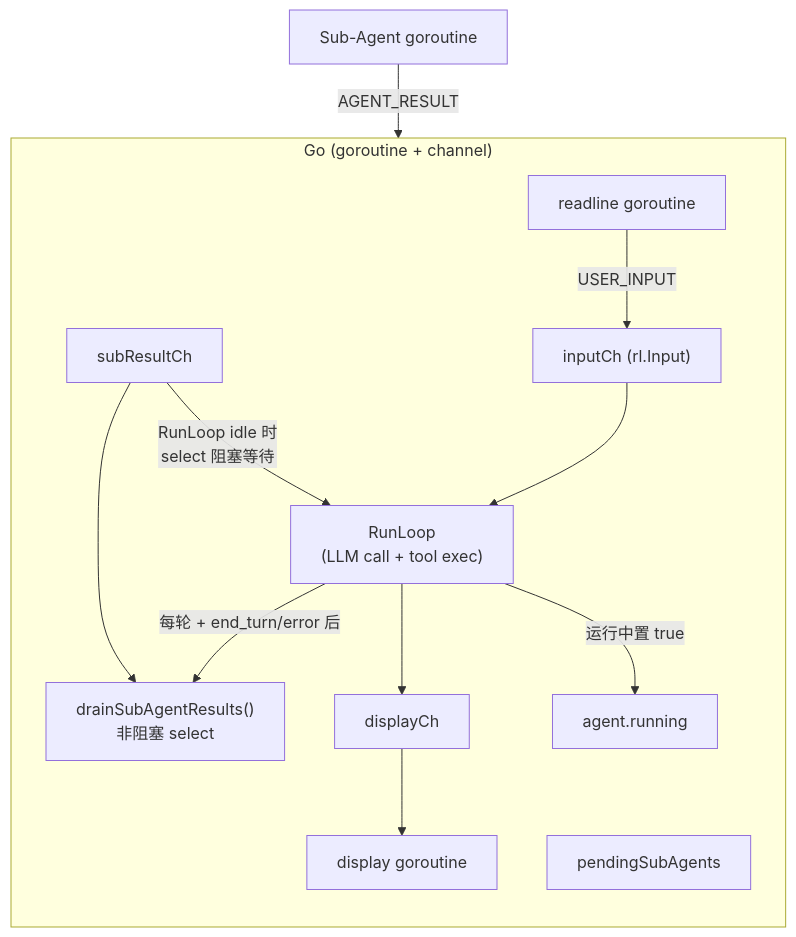
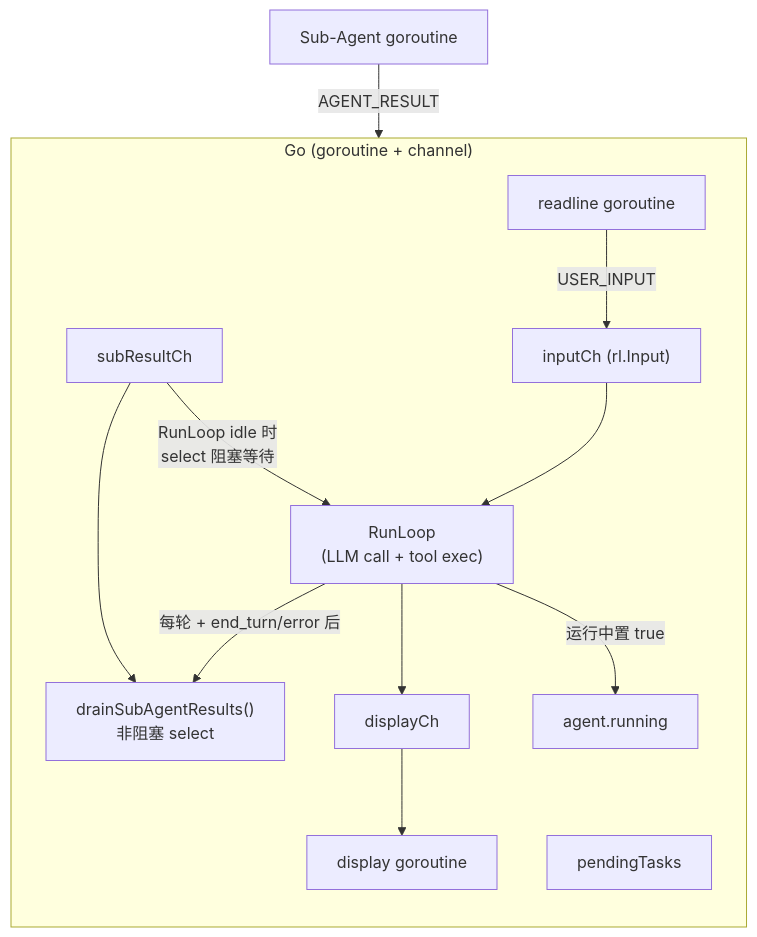
One commit to lloydzhou/bash-agent changed the fourth of 5 diagrams in docs/BASH_ARCHITECTURE.md. Above: the diagram before and after it, drawn with Mermaid. The commit also changed other lines of this file, not shown here.

````diff
--- a/docs/BASH_ARCHITECTURE.md
+++ b/docs/BASH_ARCHITECTURE.md
@@ -1414,26 +1428,26 @@
 ```mermaid
 graph TB
     subgraph Go["Go (goroutine + channel)"]
         direction TB
         GL["readline goroutine"]
         GInput["inputCh (rl.Input)"]
         GMain["RunLoop<br/>(LLM call + tool exec)"]
         GDrain["drainSubAgentResults()<br/>非阻塞 select"]
         GResultQ["subResultCh"]
         GDispQ["displayCh"]
         GDisp["display goroutine"]
         GRunning["agent.running"]
-        GPending["pendingSubAgents"]
+        GPending["pendingTasks"]
     end
     GSub["Sub-Agent goroutine"]
 
     GL -->|"USER_INPUT"| GInput
     GInput --> GMain
     GMain -->|"每轮 + end_turn/error 后"| GDrain
     GMain --> GDispQ
     GDispQ --> GDisp
     GMain -->|"运行中置 true"| GRunning
     GSub -->|"AGENT_RESULT"| GResultQ
     GResultQ --> GDrain
     GResultQ -->|"RunLoop idle 时<br/>select 阻塞等待"| GMain
 ```
````
